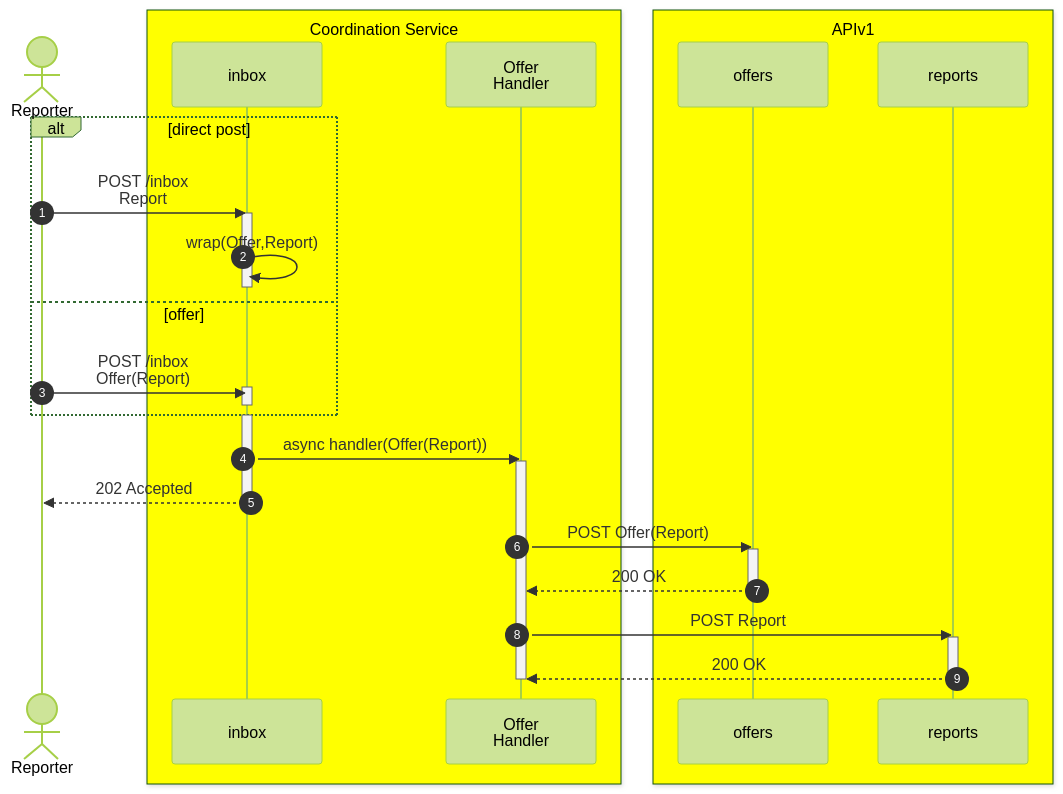
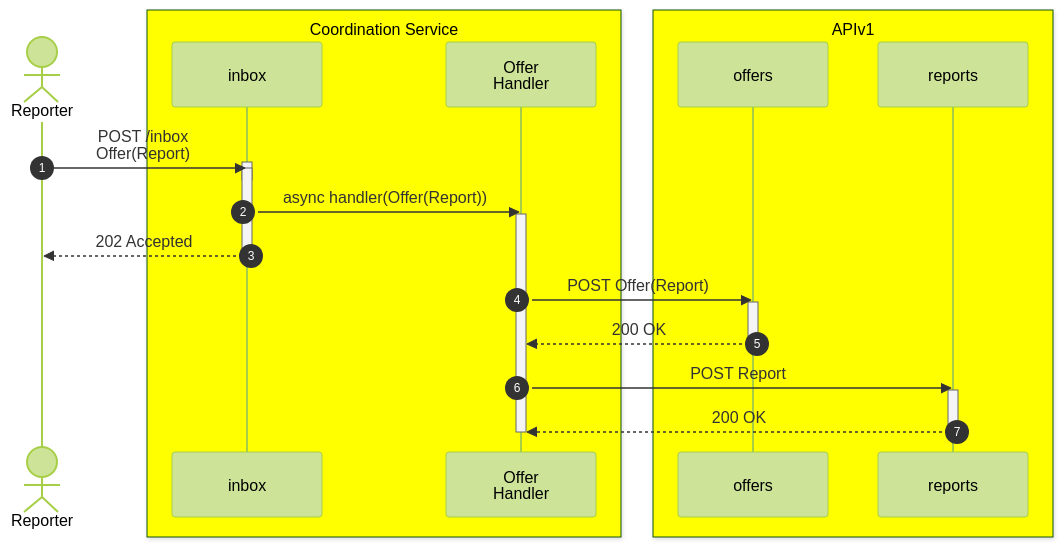
One commit to CERTCC/Vultron changed the second of 7 diagrams in docs/howto/activitypub/activities/report_vulnerability.md. Above: the diagram before and after it, drawn with Mermaid (forest theme).

Commit message:
Refactor sequence diagram for vulnerability reporting in report_vulnerability.md

````diff
--- a/docs/howto/activitypub/activities/report_vulnerability.md
+++ b/docs/howto/activitypub/activities/report_vulnerability.md
@@ -100,37 +100,30 @@
 ```mermaid
 sequenceDiagram
     autonumber
     actor finder as Reporter
     box Yellow Coordination Service
         participant inbox
         participant ofr_hdlr as Offer<br/>Handler
     end
     box Yellow APIv1
         participant offers
         participant reports
     end
-    alt direct post
-        finder ->> inbox: POST /inbox<br/>Report
-        activate inbox
-        inbox ->> inbox: wrap(Offer,Report)
-        deactivate inbox
-    else offer
-        finder ->> inbox: POST /inbox<br/>Offer(Report)
-        activate inbox
-        deactivate inbox
-    end
+    finder ->> inbox: POST /inbox<br/>Offer(Report)
+    activate inbox
+    deactivate inbox
     activate inbox
     inbox ->> ofr_hdlr: async handler(Offer(Report))
     activate ofr_hdlr
     inbox -->> finder: 202 Accepted
     deactivate inbox
     ofr_hdlr ->> offers: POST Offer(Report)
     activate offers
     offers -->> ofr_hdlr: 200 OK
     deactivate offers
     ofr_hdlr ->> reports: POST Report
     activate reports
     reports -->> ofr_hdlr: 200 OK
     deactivate reports
     deactivate ofr_hdlr
 ```
````
